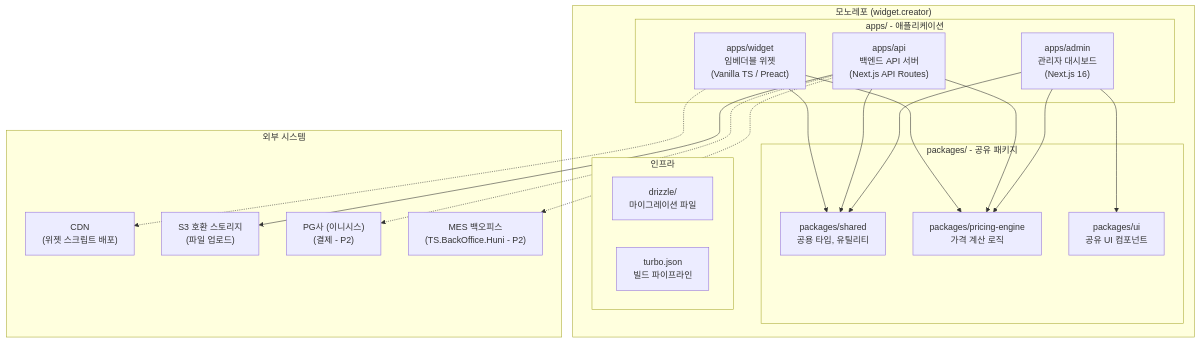
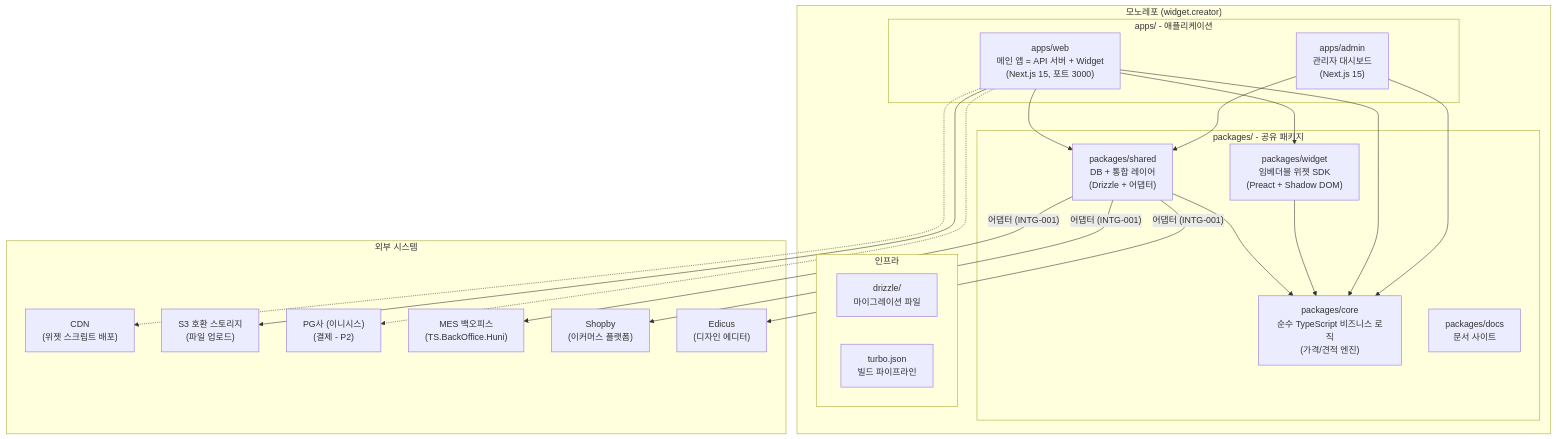
Before and after one commit to skeeper75/widget.creator: the first of 2 diagrams in .moai/project/structure.md, drawn with Mermaid. The commit also changed other lines of this file and 1535 other files, not shown here.

````diff
--- a/.moai/project/structure.md
+++ b/.moai/project/structure.md
@@ -7,41 +7,45 @@
 ```mermaid
 graph TB
     subgraph "모노레포 (widget.creator)"
         subgraph "apps/ - 애플리케이션"
-            ADMIN["apps/admin<br/>관리자 대시보드<br/>(Next.js 16)"]
-            API["apps/api<br/>백엔드 API 서버<br/>(Next.js API Routes)"]
-            WIDGET["apps/widget<br/>임베더블 위젯<br/>(Vanilla TS / Preact)"]
+            ADMIN["apps/admin<br/>관리자 대시보드<br/>(Next.js 15)"]
+            WEB["apps/web<br/>메인 앱 = API 서버 + Widget<br/>(Next.js 15, 포트 3000)"]
         end
 
         subgraph "packages/ - 공유 패키지"
-            SHARED["packages/shared<br/>공용 타입, 유틸리티"]
-            PRICING["packages/pricing-engine<br/>가격 계산 로직"]
-            UI["packages/ui<br/>공유 UI 컴포넌트"]
+            CORE["packages/core<br/>순수 TypeScript 비즈니스 로직<br/>(가격/견적 엔진)"]
+            SHARED["packages/shared<br/>DB + 통합 레이어<br/>(Drizzle + 어댑터)"]
+            WIDGET["packages/widget<br/>임베더블 위젯 SDK<br/>(Preact + Shadow DOM)"]
+            DOCS["packages/docs<br/>문서 사이트"]
         end
 
         subgraph "인프라"
             DRIZZLE_DIR["drizzle/<br/>마이그레이션 파일"]
             TURBO["turbo.json<br/>빌드 파이프라인"]
         end
 
         ADMIN --> SHARED
-        ADMIN --> UI
-        ADMIN --> PRICING
-        API --> SHARED
-        API --> PRICING
-        WIDGET --> SHARED
-        WIDGET --> PRICING
+        ADMIN --> CORE
+        WEB --> SHARED
+        WEB --> CORE
+        WEB --> WIDGET
+        WIDGET --> CORE
+        SHARED --> CORE
     end
 
     subgraph "외부 시스템"
         CDN["CDN<br/>(위젯 스크립트 배포)"]
         S3["S3 호환 스토리지<br/>(파일 업로드)"]
         PG["PG사 (이니시스)<br/>(결제 - P2)"]
-        MES["MES 백오피스<br/>(TS.BackOffice.Huni - P2)"]
+        MES["MES 백오피스<br/>(TS.BackOffice.Huni)"]
+        SHOPBY["Shopby<br/>(이커머스 플랫폼)"]
+        EDICUS["Edicus<br/>(디자인 에디터)"]
     end
 
-    WIDGET -.-> CDN
-    API --> S3
-    API -.-> PG
-    API -.-> MES
+    WEB -.-> CDN
+    WEB --> S3
+    WEB -.-> PG
+    SHARED -->|"어댑터 (INTG-001)"| MES
+    SHARED -->|"어댑터 (INTG-001)"| SHOPBY
+    SHARED -->|"어댑터 (INTG-001)"| EDICUS
 ```
````
